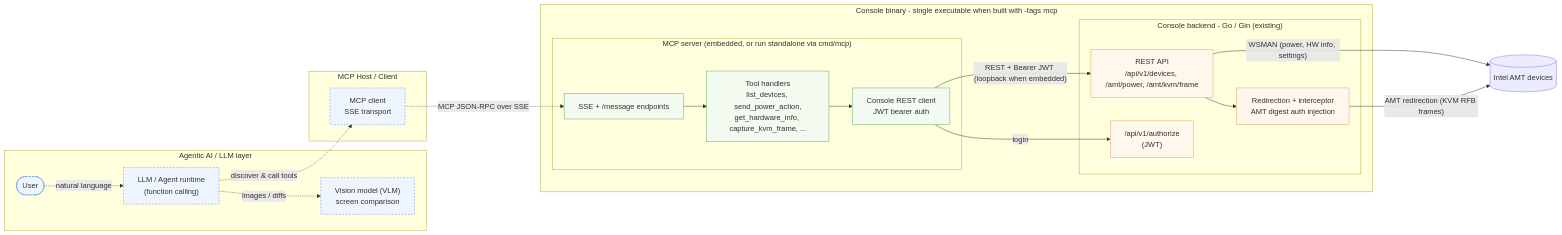
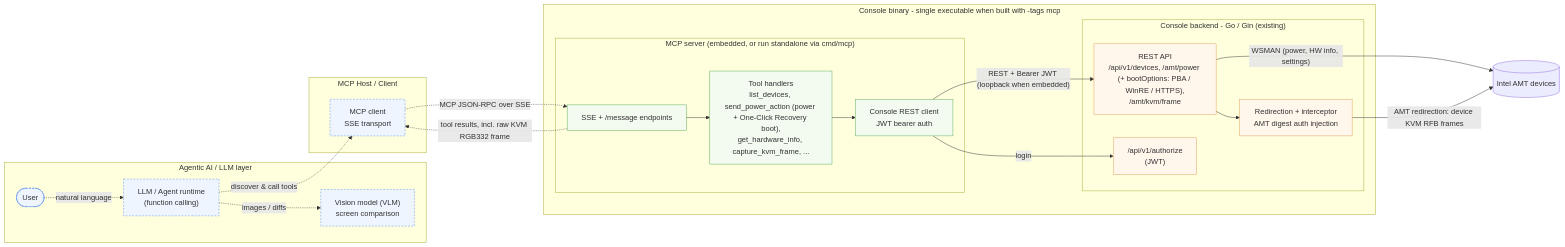
The diagram in mcp/docs/architecture.mmd (device-management-toolkit/console), drawn with Mermaid before and after one commit. The commit also changed 4 other files, not shown here.

```diff
--- a/mcp/docs/architecture.mmd
+++ b/mcp/docs/architecture.mmd
@@ -1,47 +1,48 @@
 flowchart LR
     subgraph AI["Agentic AI / LLM layer"]
         User([User])
         LLM["LLM / Agent runtime<br/>(function calling)"]
         VLM["Vision model (VLM)<br/>screen comparison"]
     end
 
     subgraph Host["MCP Host / Client"]
         Client["MCP client<br/>SSE transport"]
     end
 
     subgraph Binary["Console binary - single executable when built with -tags mcp"]
         subgraph Server["MCP server (embedded, or run standalone via cmd/mcp)"]
             SSE["SSE + /message endpoints"]
-            Tools["Tool handlers<br/>list_devices, send_power_action,<br/>get_hardware_info, capture_kvm_frame, ..."]
+            Tools["Tool handlers<br/>list_devices, send_power_action (power + One-Click Recovery boot),<br/>get_hardware_info, capture_kvm_frame, ..."]
             Rest["Console REST client<br/>JWT bearer auth"]
         end
 
         subgraph Console["Console backend - Go / Gin (existing)"]
-            API["REST API<br/>/api/v1/devices, /amt/power, /amt/kvm/frame"]
+            API["REST API<br/>/api/v1/devices, /amt/power (+ bootOptions: PBA / WinRE / HTTPS),<br/>/amt/kvm/frame"]
             Auth["/api/v1/authorize<br/>(JWT)"]
             Redir["Redirection + interceptor<br/>AMT digest auth injection"]
         end
     end
 
     Devices[("Intel AMT devices")]
 
     %% Agentic AI connections (dotted)
     User -. "natural language" .-> LLM
     LLM -. "images / diffs" .-> VLM
     LLM -. "discover & call tools" .-> Client
     Client -. "MCP JSON-RPC over SSE" .-> SSE
+    SSE -. "tool results, incl. raw KVM RGB332 frame" .-> Client
 
     %% Concrete API / operation interfaces (solid)
     SSE --> Tools --> Rest
     Rest -->|"REST + Bearer JWT (loopback when embedded)"| API
     Rest -->|"login"| Auth
     API --> Redir
     API -->|"WSMAN (power, HW info, settings)"| Devices
-    Redir -->|"AMT redirection (KVM RFB frames)"| Devices
+    Redir -->|"AMT redirection: device KVM RFB frames"| Devices
 
     classDef ai fill:#eef5ff,stroke:#5b8def,stroke-dasharray:4 3;
     classDef svr fill:#f3fbf0,stroke:#5aab5a;
     classDef con fill:#fff6ec,stroke:#e0a15a;
     class User,LLM,VLM,Client ai;
     class SSE,Tools,Rest svr;
     class API,Auth,Redir con;
```
